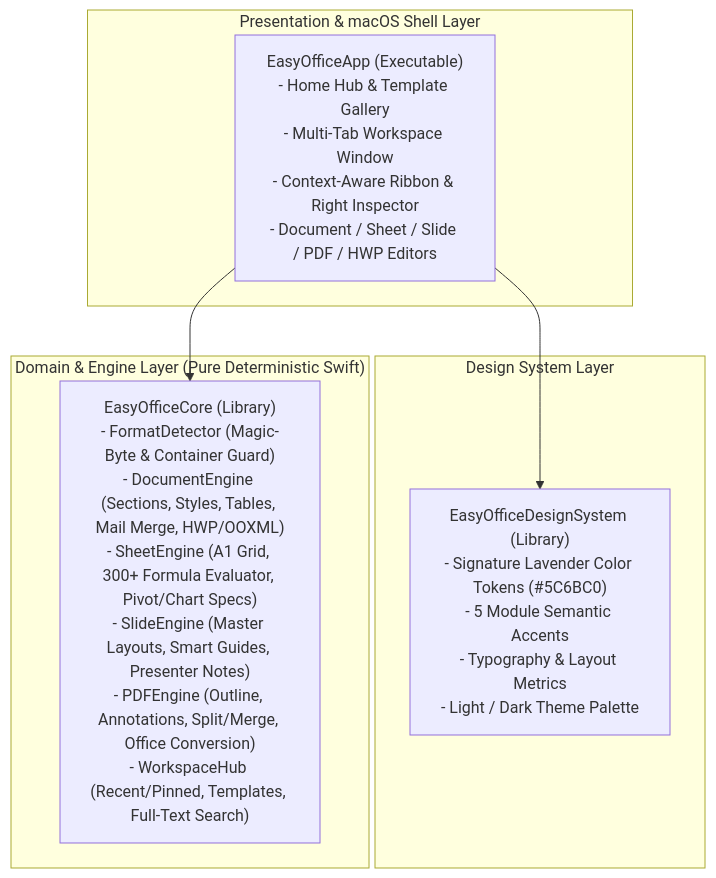
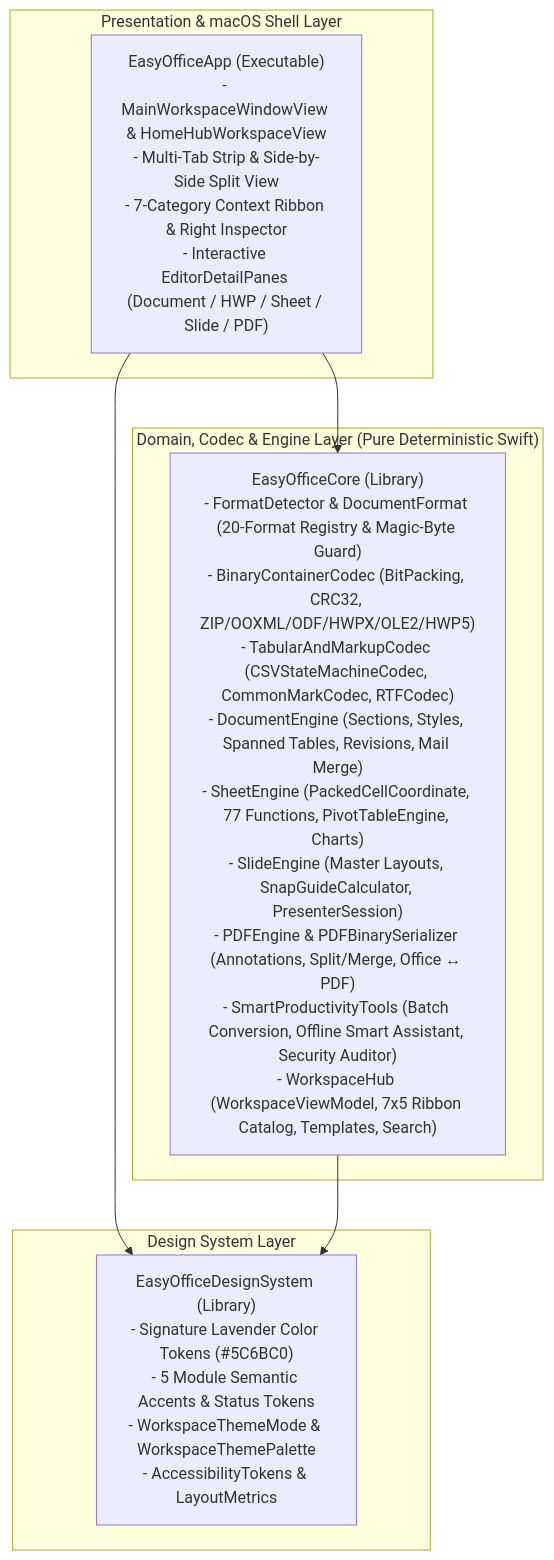
One commit to AquilaXk/easyoffice changed the diagram in docs/architecture.md. Above: the diagram before and after it, drawn with Mermaid. The commit also changed other lines of this file and 6 other files, not shown here.

````diff
--- a/docs/architecture.md
+++ b/docs/architecture.md
@@ -9,17 +9,18 @@
 ```mermaid
 flowchart TD
     subgraph AppLayer["Presentation & macOS Shell Layer"]
-        EasyOfficeApp["EasyOfficeApp (Executable)\n- Home Hub & Template Gallery\n- Multi-Tab Workspace Window\n- Context-Aware Ribbon & Right Inspector\n- Document / Sheet / Slide / PDF / HWP Editors"]
+        EasyOfficeApp["EasyOfficeApp (Executable)\n- MainWorkspaceWindowView & HomeHubWorkspaceView\n- Multi-Tab Strip & Side-by-Side Split View\n- 7-Category Context Ribbon & Right Inspector\n- Interactive EditorDetailPanes (Document / HWP / Sheet / Slide / PDF)"]
     end
 
     subgraph DesignLayer["Design System Layer"]
-        EasyOfficeDesignSystem["EasyOfficeDesignSystem (Library)\n- Signature Lavender Color Tokens (#5C6BC0)\n- 5 Module Semantic Accents\n- Typography & Layout Metrics\n- Light / Dark Theme Palette"]
+        EasyOfficeDesignSystem["EasyOfficeDesignSystem (Library)\n- Signature Lavender Color Tokens (#5C6BC0)\n- 5 Module Semantic Accents & Status Tokens\n- WorkspaceThemeMode & WorkspaceThemePalette\n- AccessibilityTokens & LayoutMetrics"]
     end
 
-    subgraph CoreLayer["Domain & Engine Layer (Pure Deterministic Swift)"]
-        EasyOfficeCore["EasyOfficeCore (Library)\n- FormatDetector (Magic-Byte & Container Guard)\n- DocumentEngine (Sections, Styles, Tables, Mail Merge, HWP/OOXML)\n- SheetEngine (A1 Grid, 300+ Formula Evaluator, Pivot/Chart Specs)\n- SlideEngine (Master Layouts, Smart Guides, Presenter Notes)\n- PDFEngine (Outline, Annotations, Split/Merge, Office Conversion)\n- WorkspaceHub (Recent/Pinned, Templates, Full-Text Search)"]
+    subgraph CoreLayer["Domain, Codec & Engine Layer (Pure Deterministic Swift)"]
+        EasyOfficeCore["EasyOfficeCore (Library)\n- FormatDetector & DocumentFormat (20-Format Registry & Magic-Byte Guard)\n- BinaryContainerCodec (BitPacking, CRC32, ZIP/OOXML/ODF/HWPX/OLE2/HWP5)\n- TabularAndMarkupCodec (CSVStateMachineCodec, CommonMarkCodec, RTFCodec)\n- DocumentEngine (Sections, Styles, Spanned Tables, Revisions, Mail Merge)\n- SheetEngine (PackedCellCoordinate, 77 Functions, PivotTableEngine, Charts)\n- SlideEngine (Master Layouts, SnapGuideCalculator, PresenterSession)\n- PDFEngine & PDFBinarySerializer (Annotations, Split/Merge, Office ↔ PDF)\n- SmartProductivityTools (Batch Conversion, Offline Smart Assistant, Security Auditor)\n- WorkspaceHub (WorkspaceViewModel, 7x5 Ribbon Catalog, Templates, Search)"]
     end
 
     EasyOfficeApp --> EasyOfficeDesignSystem
     EasyOfficeApp --> EasyOfficeCore
+    EasyOfficeCore --> EasyOfficeDesignSystem
 ```
````
